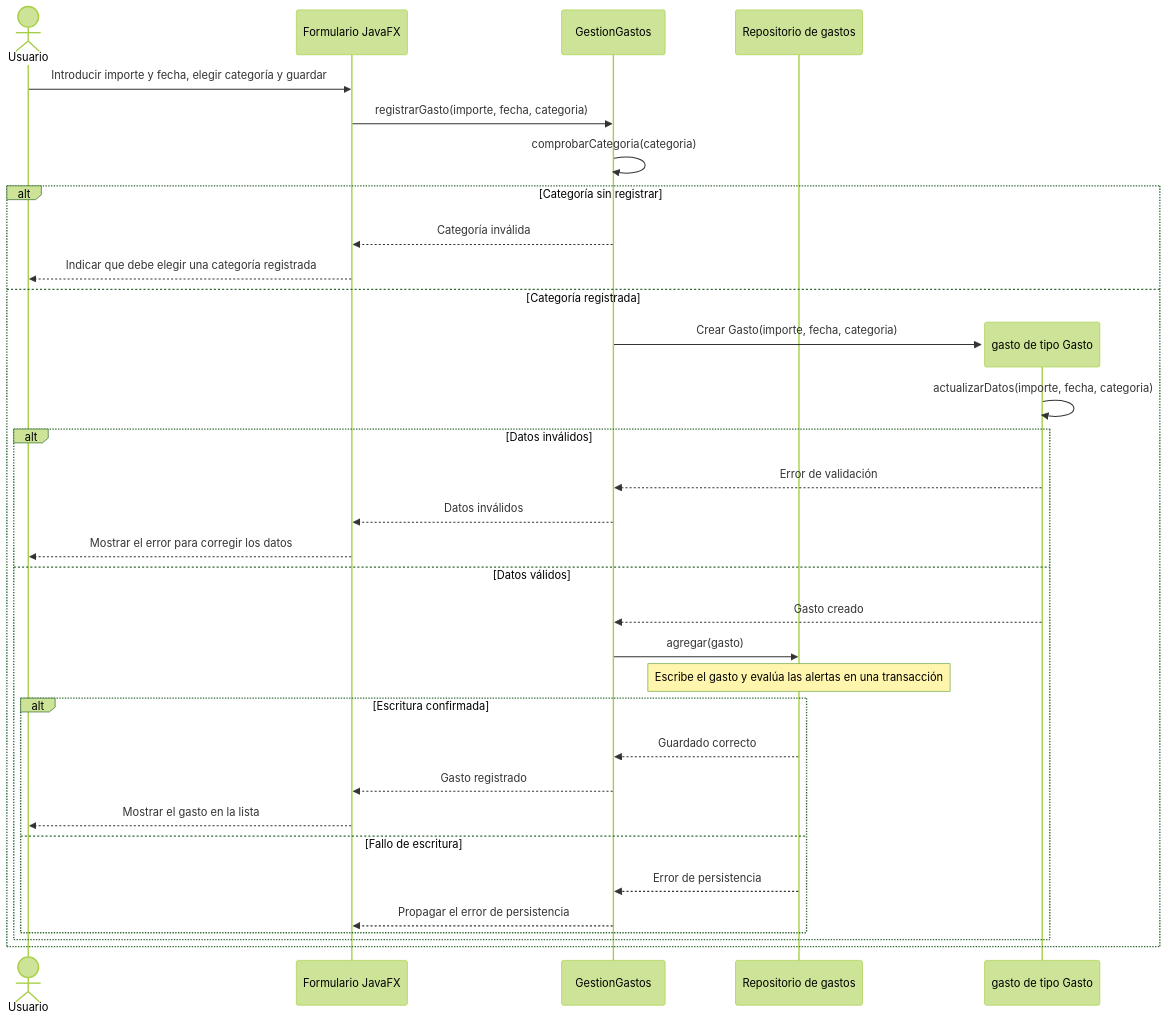
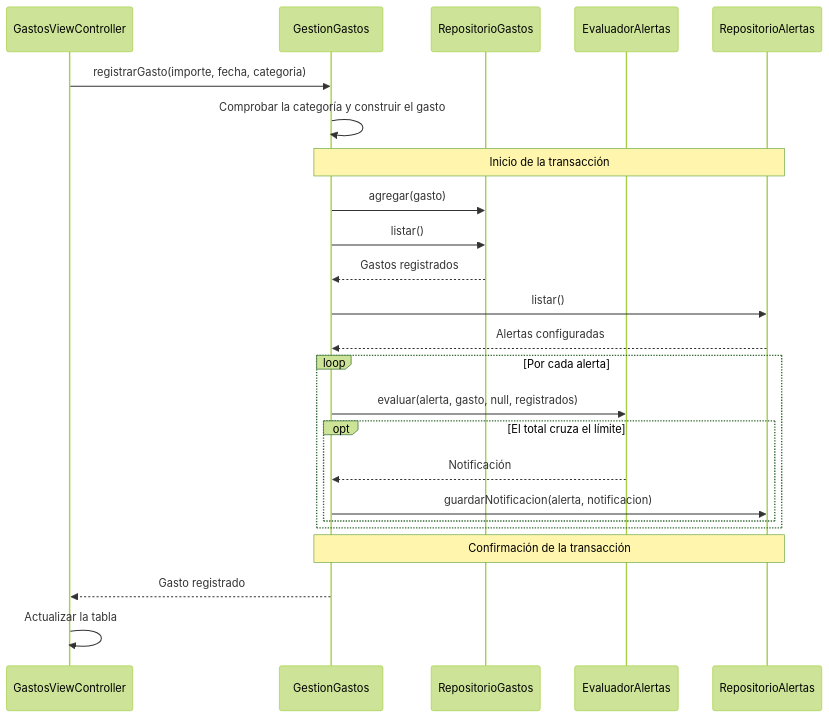
The diagram in docs/diagrama-interaccion-hu01.md (mariogabarron/TDS-Mario-Carmen), drawn with Mermaid (forest theme) before and after one commit. The commit also changed other lines of this file, not shown here.

Commit message:
Actualizar el diagrama de registro de un gasto

````diff
--- a/docs/diagrama-interaccion-hu01.md
+++ b/docs/diagrama-interaccion-hu01.md
@@ -9,35 +7,26 @@
 ```mermaid
 sequenceDiagram
-    actor U as Usuario
-    participant V as Formulario JavaFX
+    participant V as GastosViewController
     participant C as GestionGastos
-    participant R as Repositorio de gastos
-    U->>V: Introducir importe y fecha, elegir categoría y guardar
+    participant G as RepositorioGastos
+    participant E as EvaluadorAlertas
+    participant A as RepositorioAlertas
     V->>C: registrarGasto(importe, fecha, categoria)
-    C->>C: comprobarCategoria(categoria)
-    alt Categoría sin registrar
-        C-->>V: Categoría inválida
-        V-->>U: Indicar que debe elegir una categoría registrada
-    else Categoría registrada
-        create participant G as gasto de tipo Gasto
-        C->>G: Crear Gasto(importe, fecha, categoria)
-        G->>G: actualizarDatos(importe, fecha, categoria)
-        alt Datos inválidos
-            G-->>C: Error de validación
-            C-->>V: Datos inválidos
-            V-->>U: Mostrar el error para corregir los datos
-        else Datos válidos
-            G-->>C: Gasto creado
-            C->>R: agregar(gasto)
-            Note over R: Escribe el gasto y evalúa las alertas en una transacción
-            alt Escritura confirmada
-                R-->>C: Guardado correcto
-                C-->>V: Gasto registrado
-                V-->>U: Mostrar el gasto en la lista
-            else Fallo de escritura
-                R-->>C: Error de persistencia
-                C-->>V: Propagar el error de persistencia
-            end
+    C->>C: Comprobar la categoría y construir el gasto
+    Note over C,A: Inicio de la transacción
+    C->>G: agregar(gasto)
+    C->>G: listar()
+    G-->>C: Gastos registrados
+    C->>A: listar()
+    A-->>C: Alertas configuradas
+    loop Por cada alerta
+        C->>E: evaluar(alerta, gasto, null, registrados)
+        opt El total cruza el límite
+            E-->>C: Notificación
+            C->>A: guardarNotificacion(alerta, notificacion)
         end
     end
+    Note over C,A: Confirmación de la transacción
+    C-->>V: Gasto registrado
+    V->>V: Actualizar la tabla
 ```
````
